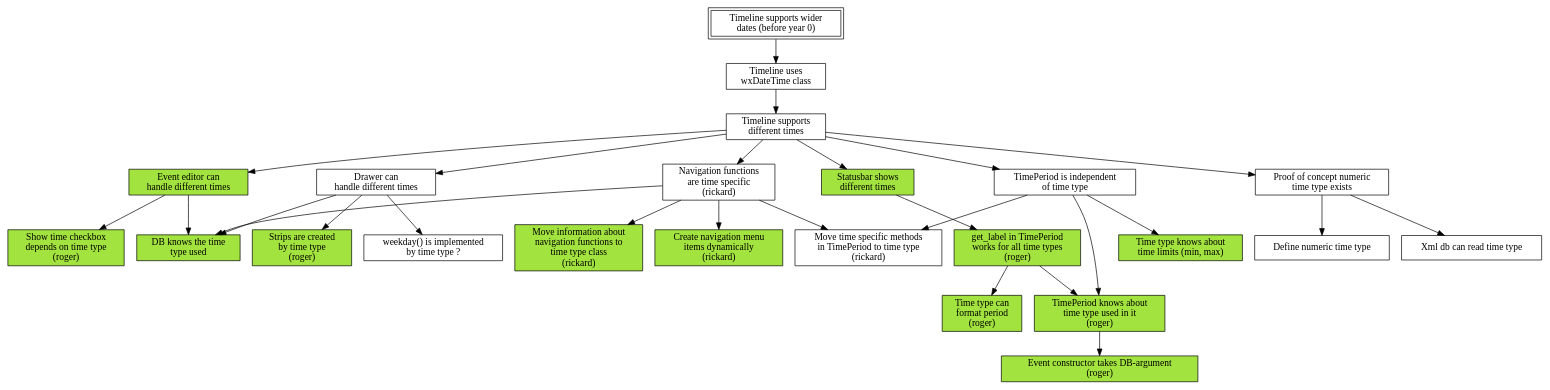
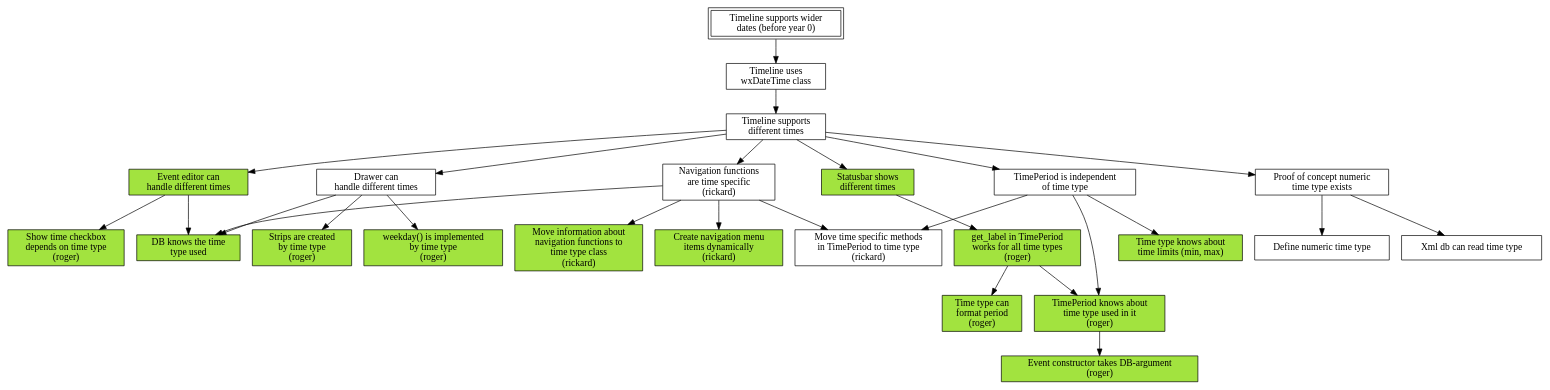
One commit to shutaozhenzhen/thetimelineproj changed the diagram in mikado.dot. Above: the diagram before and after it, drawn with Graphviz.

```diff
--- a/mikado.dot
+++ b/mikado.dot
@@ -1,91 +1,92 @@
 digraph mikado
 {
     node [shape=box];
 
     wider_dates [label="Timeline supports wider\ndates (before year 0)"];
     wider_dates [peripheries=2];
         wider_dates -> switch_to_wx_time;
 
     switch_to_wx_time [label="Timeline uses\nwxDateTime class"];
         switch_to_wx_time -> different_time;
 
     different_time [label="Timeline supports\ndifferent times "];
         different_time -> event_editor;
         different_time -> drawer;
         different_time -> navigation;
         different_time -> status_bar;
         different_time -> time_period_independent;
         different_time -> numeric_time_type;
 
     numeric_time_type [label="Proof of concept numeric\ntime type exists"];
         numeric_time_type -> define_numeric_time_type;
         numeric_time_type -> db_reads_time_type;
 
     time_period_independent [label="TimePeriod is independent\nof time type"];
         time_period_independent -> time_period_knows_type;
         time_period_independent -> time_period;
         time_period_independent -> time_limits_in_time_type;
 
     event_editor [label="Event editor can\nhandle different times"];
     event_editor [style=filled,fillcolor="#A2E33F"];
         event_editor -> show_time;
         event_editor -> db_has_type_info;
 
     drawer [label="Drawer can\nhandle different times"];
         drawer -> db_has_type_info;
         drawer -> strips_in_time_type;
 	drawer -> weekday_in_time_type;
 	
     navigation [label="Navigation functions\nare time specific\n(rickard)"];
         navigation -> db_has_type_info;
         navigation -> move_nav_to_time_type;
         navigation -> create_menu_items_dynamically;
         navigation -> time_period;
 
     status_bar [label="Statusbar shows\ndifferent times"];
     status_bar [style=filled,fillcolor="#A2E33F"];
         status_bar -> get_label;
         get_label -> time_period_knows_type;
 
     get_label [label="get_label in TimePeriod\nworks for all time types\n(roger)"];
     get_label [style=filled,fillcolor="#A2E33F"];
         get_label -> type_format;
 
     time_period_knows_type [label="TimePeriod knows about\ntime type used in it\n(roger)"];
     time_period_knows_type [style=filled,fillcolor="#A2E33F"];
 	time_period_knows_type -> event_constructor;
 
     // Leaves
 
     define_numeric_time_type [label="Define numeric time type"];
 
     db_reads_time_type [label="Xml db can read time type"];
 
     show_time [label="Show time checkbox\ndepends on time type\n(roger)"];
     show_time [style=filled,fillcolor="#A2E33F"];
 
     db_has_type_info [label="DB knows the time\ntype used"];
     db_has_type_info [style=filled,fillcolor="#A2E33F"];
 
     move_nav_to_time_type [label="Move information about\nnavigation functions to\ntime type class\n(rickard)"];
     move_nav_to_time_type [style=filled,fillcolor="#A2E33F"];
 
     create_menu_items_dynamically [label="Create navigation menu\nitems dynamically\n(rickard)"];
     create_menu_items_dynamically [style=filled,fillcolor="#A2E33F"];
 
     time_period [label="Move time specific methods\nin TimePeriod to time type\n(rickard)"];
 
     type_format [label="Time type can\nformat period\n(roger)"];
     type_format [style=filled,fillcolor="#A2E33F"];
     
     event_constructor [label="Event constructor takes DB-argument\n(roger)"];
     event_constructor [style=filled,fillcolor="#A2E33F"];
 
     strips_in_time_type [label="Strips are created\nby time type\n(roger)"];
     strips_in_time_type [style=filled,fillcolor="#A2E33F"];
 
     time_limits_in_time_type [label="Time type knows about\ntime limits (min, max)"];
     time_limits_in_time_type [style=filled,fillcolor="#A2E33F"];
     
-    weekday_in_time_type [label="weekday() is implemented\nby time type ?"]
+    weekday_in_time_type [label="weekday() is implemented\nby time type\n(roger)"]
+    weekday_in_time_type [style=filled,fillcolor="#A2E33F"];
 }
```
